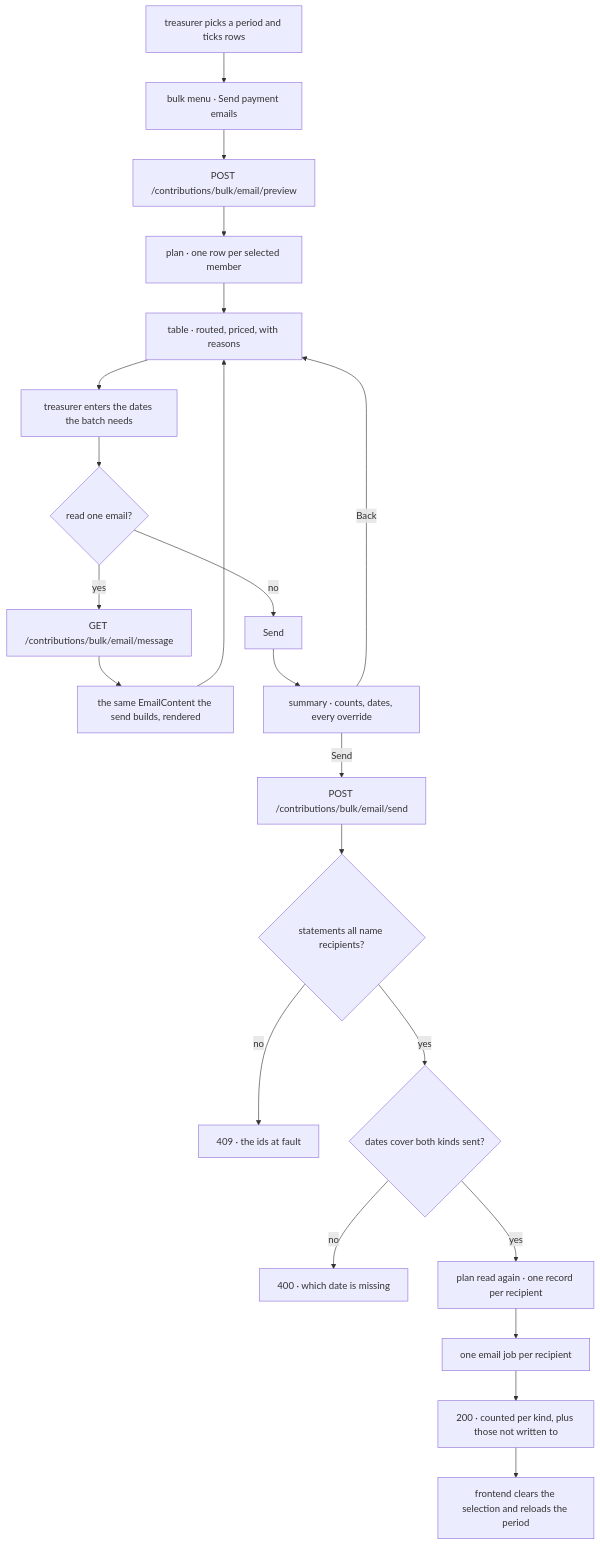
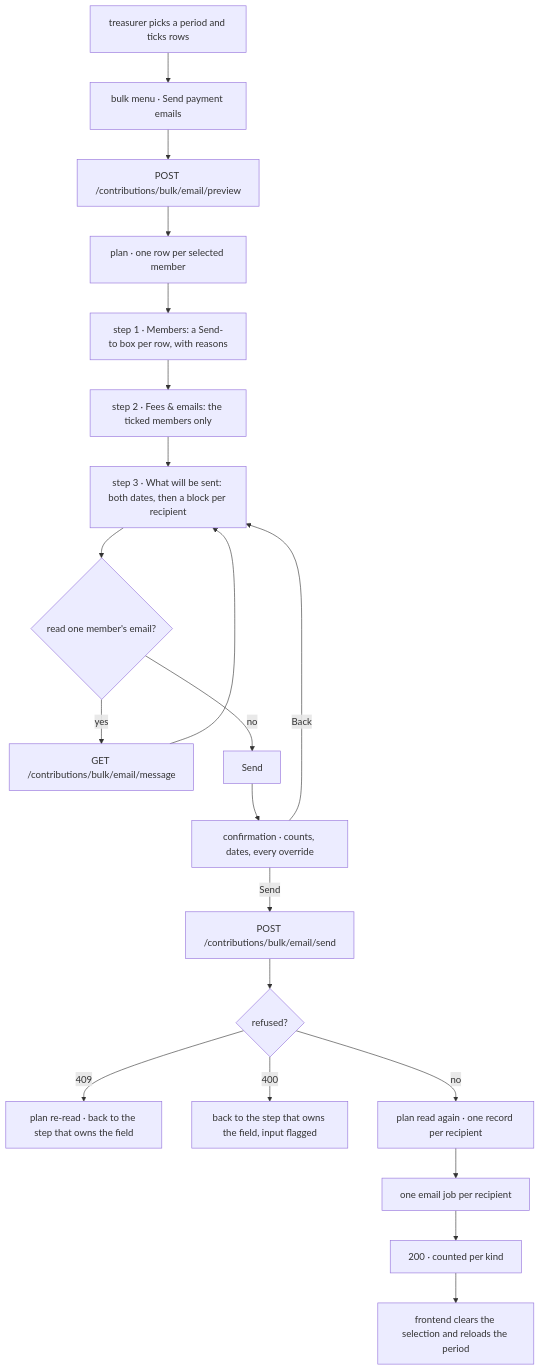
One commit to ESA-Blueshell/website changed the second of 3 diagrams in docs/flows/payment-emails/README.md. Above: the diagram before and after it, drawn with Mermaid. The commit also changed other lines of this file and 1 other file, not shown here.

Commit message:
docs(payment-emails): the wizard, the refusal routing and what they guarantee

````diff
--- a/docs/flows/payment-emails/README.md
+++ b/docs/flows/payment-emails/README.md
@@ -87,24 +104,23 @@
 ```mermaid
 flowchart TD
     A[treasurer picks a period and ticks rows] --> B[bulk menu · Send payment emails]
     B --> C[POST /contributions/bulk/email/preview]
     C --> D[plan · one row per selected member]
-    D --> E[table · routed, priced, with reasons]
-    E --> F[treasurer enters the dates the batch needs]
-    F --> G{read one email?}
-    G -- yes --> H[GET /contributions/bulk/email/message]
-    H --> I[the same EmailContent the send builds, rendered]
-    I --> E
-    G -- no --> J[Send]
-    J --> J2[summary · counts, dates, every override]
-    J2 -- Back --> E
-    J2 -- Send --> K[POST /contributions/bulk/email/send]
-    K --> L{statements all name recipients?}
-    L -- no --> M[409 · the ids at fault]
-    L -- yes --> N{dates cover both kinds sent?}
-    N -- no --> O[400 · which date is missing]
-    N -- yes --> P[plan read again · one record per recipient]
+    D --> E[step 1 · Members: a Send-to box per row, with reasons]
+    E --> F[step 2 · Fees & emails: the ticked members only]
+    F --> G[step 3 · What will be sent: both dates, then a block per recipient]
+    G --> H{read one member's email?}
+    H -- yes --> I[GET /contributions/bulk/email/message]
+    I --> G
+    H -- no --> J[Send]
+    J --> K[confirmation · counts, dates, every override]
+    K -- Back --> G
+    K -- Send --> L[POST /contributions/bulk/email/send]
+    L --> M{refused?}
+    M -- 409 --> N[plan re-read · back to the step that owns the field]
+    M -- 400 --> O[back to the step that owns the field, input flagged]
+    M -- no --> P[plan read again · one record per recipient]
     P --> Q[one email job per recipient]
-    Q --> R[200 · counted per kind, plus those not written to]
+    Q --> R[200 · counted per kind]
     R --> S[frontend clears the selection and reloads the period]
 ```
````
